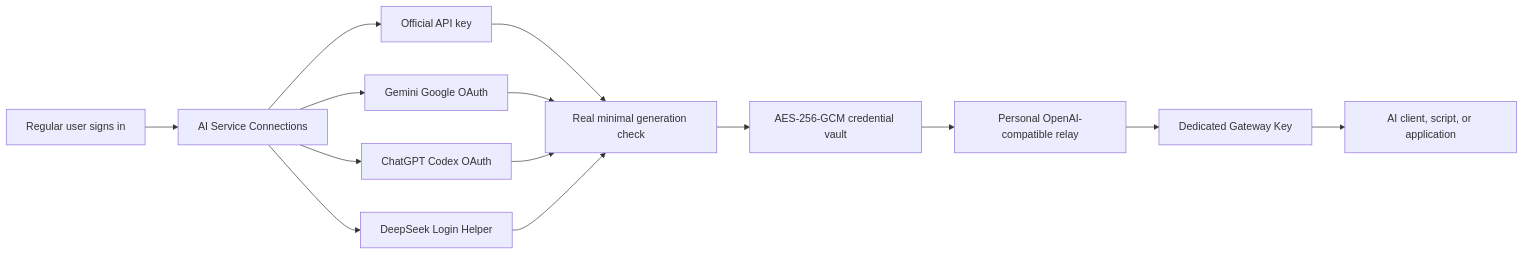
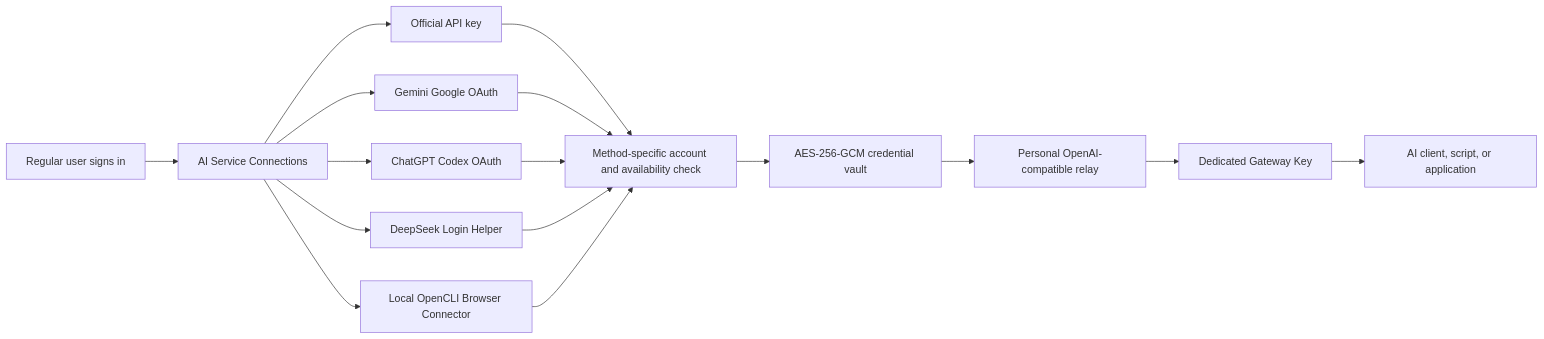
Before and after one commit to yaojingang/TokHub: the diagram in docs/README.en.md, drawn with Mermaid. The commit also changed other lines of this file and 41 other files, not shown here.

Commit message:
feat: add OpenCLI personal browser relays

````diff
--- a/docs/README.en.md
+++ b/docs/README.en.md
@@ -44,16 +44,18 @@
 ```mermaid
 flowchart LR
     A["Regular user signs in"] --> B["AI Service Connections"]
     B --> C1["Official API key"]
     B --> C2["Gemini Google OAuth"]
     B --> C3["ChatGPT Codex OAuth"]
     B --> C4["DeepSeek Login Helper"]
-    C1 --> D["Real minimal generation check"]
+    B --> C5["Local OpenCLI Browser Connector"]
+    C1 --> D["Method-specific account and availability check"]
     C2 --> D
     C3 --> D
     C4 --> D
+    C5 --> D
     D --> E["AES-256-GCM credential vault"]
     E --> F["Personal OpenAI-compatible relay"]
     F --> G["Dedicated Gateway Key"]
     G --> H["AI client, script, or application"]
 ```
````
